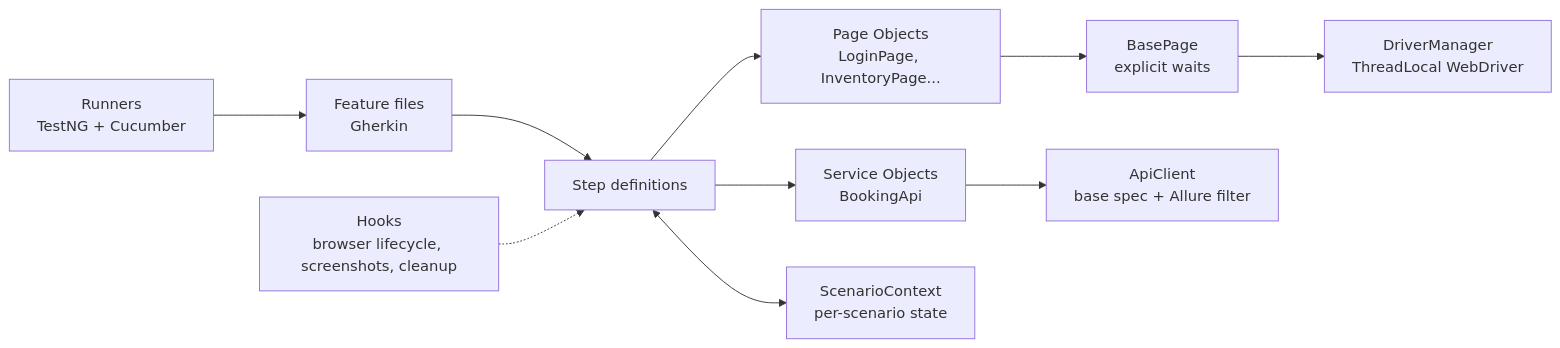
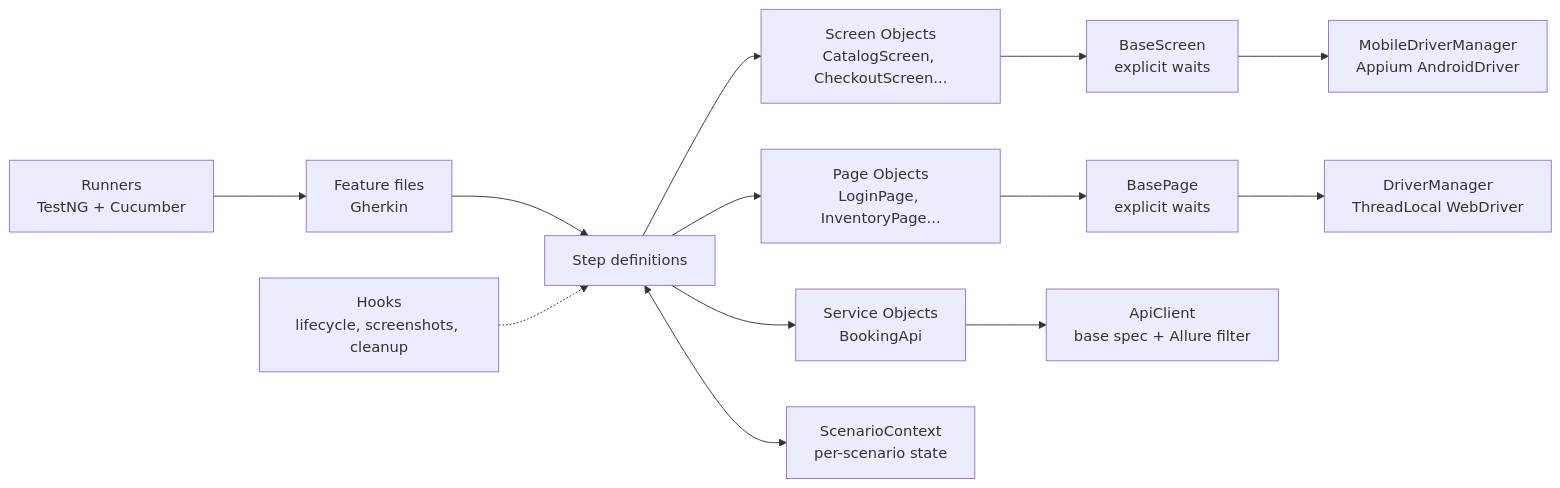
The diagram in README.md (sultanmasbima/mobile-api-test-automation-framework), drawn with Mermaid before and after one commit. The commit also changed other lines of this file and 22 other files, not shown here.

First line of the commit message:
Add Android mobile layer and Gherkin examples to README

````diff
--- a/README.md
+++ b/README.md
@@ -37,12 +179,13 @@
 ```mermaid
 flowchart LR
-    F[Feature files<br/>Gherkin] --> S[Step definitions]
+    R[Runners<br/>TestNG + Cucumber] --> F[Feature files<br/>Gherkin]
+    F --> S[Step definitions]
+    S --> M[Screen Objects<br/>CatalogScreen, CheckoutScreen...]
     S --> P[Page Objects<br/>LoginPage, InventoryPage...]
     S --> A[Service Objects<br/>BookingApi]
-    P --> B[BasePage<br/>explicit waits]
-    B --> D[DriverManager<br/>ThreadLocal WebDriver]
+    M --> BS[BaseScreen<br/>explicit waits] --> MD[MobileDriverManager<br/>Appium AndroidDriver]
+    P --> BP[BasePage<br/>explicit waits] --> WD[DriverManager<br/>ThreadLocal WebDriver]
     A --> C[ApiClient<br/>base spec + Allure filter]
     S <--> X[ScenarioContext<br/>per-scenario state]
-    H[Hooks<br/>browser lifecycle, screenshots, cleanup] -.-> S
-    R[Runners<br/>TestNG + Cucumber] --> F
+    H[Hooks<br/>lifecycle, screenshots, cleanup] -.-> S
 ```
````
